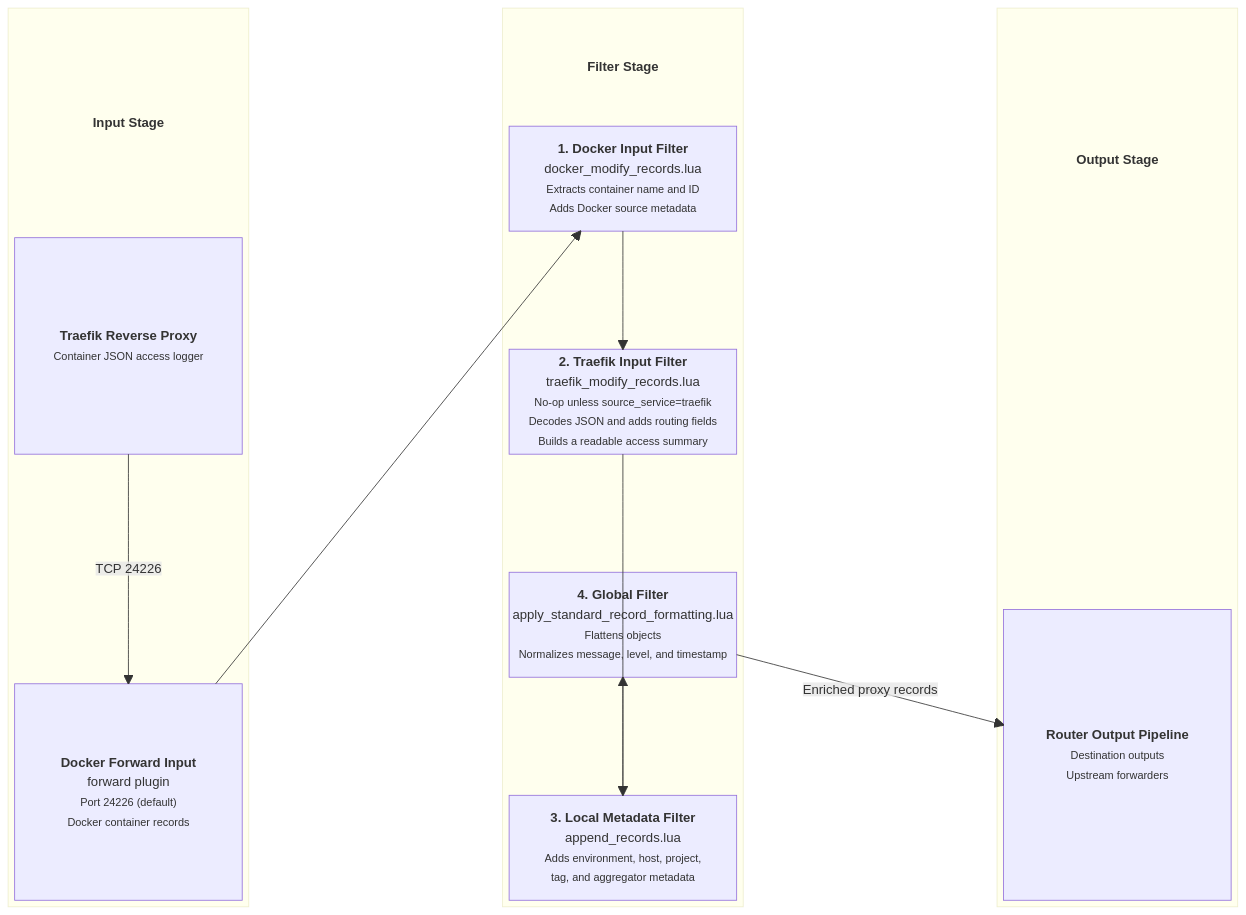
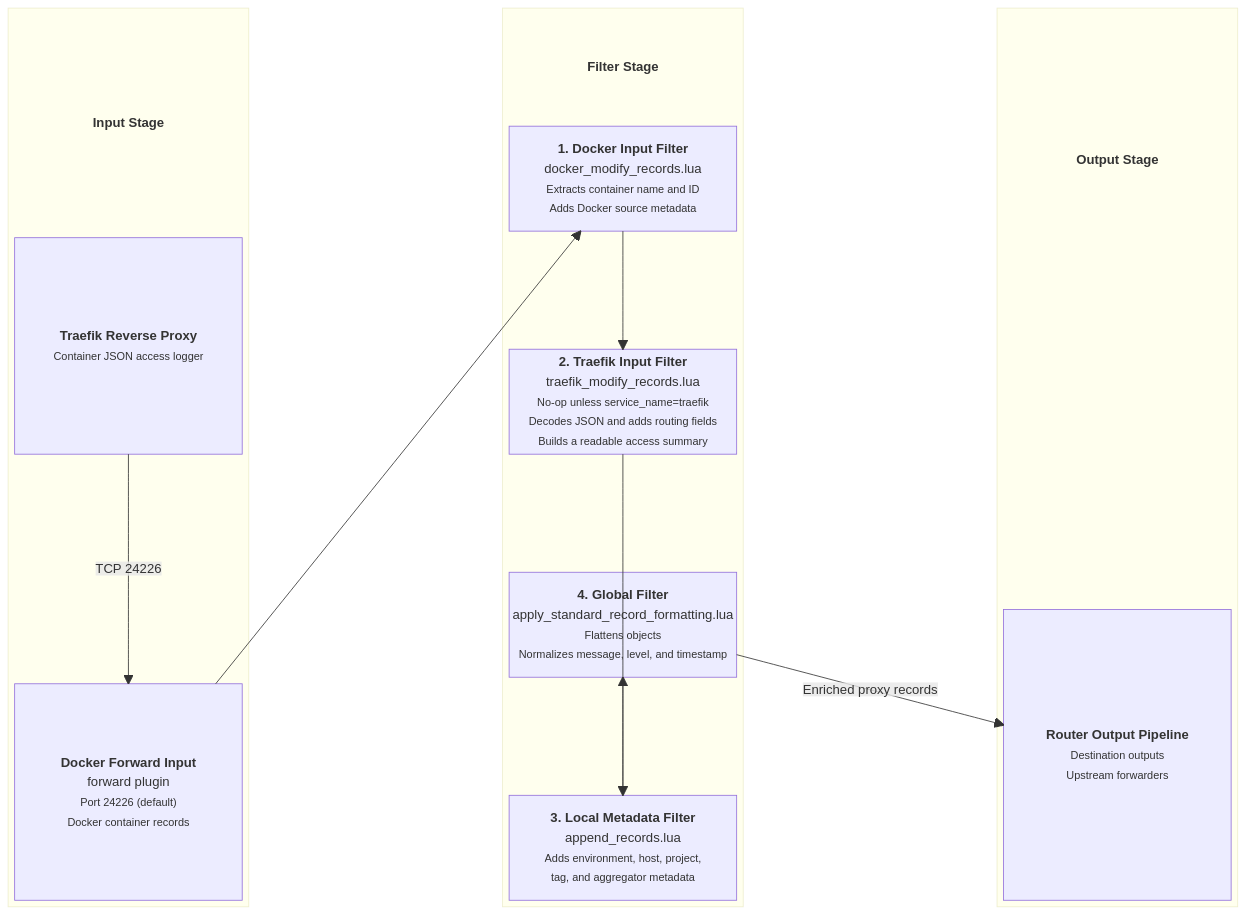
Before and after one commit to Josh5/fluent-bit-router: the diagram in docs/input-traefik-proxy.md, drawn with Mermaid. The commit also changed other lines of this file and 27 other files, not shown here.

````diff
--- a/docs/input-traefik-proxy.md
+++ b/docs/input-traefik-proxy.md
@@ -17,46 +17,46 @@
 ```mermaid
 block-beta
     columns 5
 
     block:InputStage
         columns 1
         InputTitle["<b>Input Stage</b>"]
         A["<b>Traefik Reverse Proxy</b><br/><small>Container JSON access logger</small>"]
         space
         B["<b>Docker Forward Input</b><br/>forward plugin<br/><small>Port 24226 (default)<br/>Docker container records</small>"]
     end
 
     space
 
     block:FilterStage
         columns 1
         FilterTitle["<b>Filter Stage</b>"]
         C["<b>1. Docker Input Filter</b><br/>docker_modify_records.lua<br/><small>Extracts container name and ID<br/>Adds Docker source metadata</small>"]
         space
-        D["<b>2. Traefik Input Filter</b><br/>traefik_modify_records.lua<br/><small>No-op unless source_service=traefik<br/>Decodes JSON and adds routing fields<br/>Builds a readable access summary</small>"]
+        D["<b>2. Traefik Input Filter</b><br/>traefik_modify_records.lua<br/><small>No-op unless service_name=traefik<br/>Decodes JSON and adds routing fields<br/>Builds a readable access summary</small>"]
         space
         F["<b>4. Global Filter</b><br/>apply_standard_record_formatting.lua<br/><small>Flattens objects<br/>Normalizes message, level, and timestamp</small>"]
         space
         G["<b>3. Local Metadata Filter</b><br/>append_records.lua<br/><small>Adds environment, host, project,<br/>tag, and aggregator metadata</small>"]
     end
 
     space
 
     block:OutputStage
         columns 1
         OutputTitle["<b>Output Stage</b>"]
         space
         H["<b>Router Output Pipeline</b><br/><small>Destination outputs<br/>Upstream forwarders</small>"]
     end
 
     A -- "TCP 24226" --> B
     B --> C
     C --> D
     D --> G
     G --> F
     F -- "Enriched proxy records" --> H
 
     style InputTitle fill:none,stroke:none
     style FilterTitle fill:none,stroke:none
     style OutputTitle fill:none,stroke:none
 ```
````
